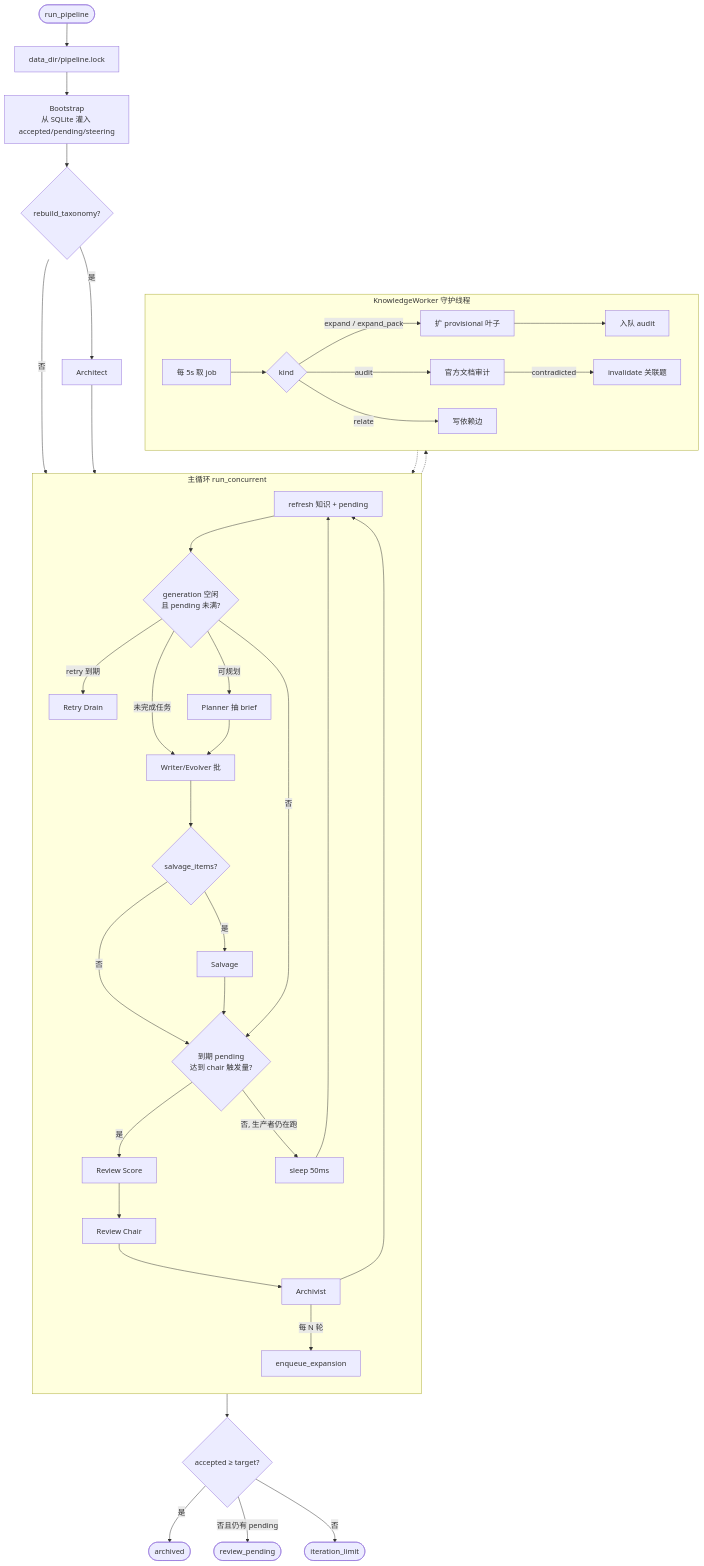
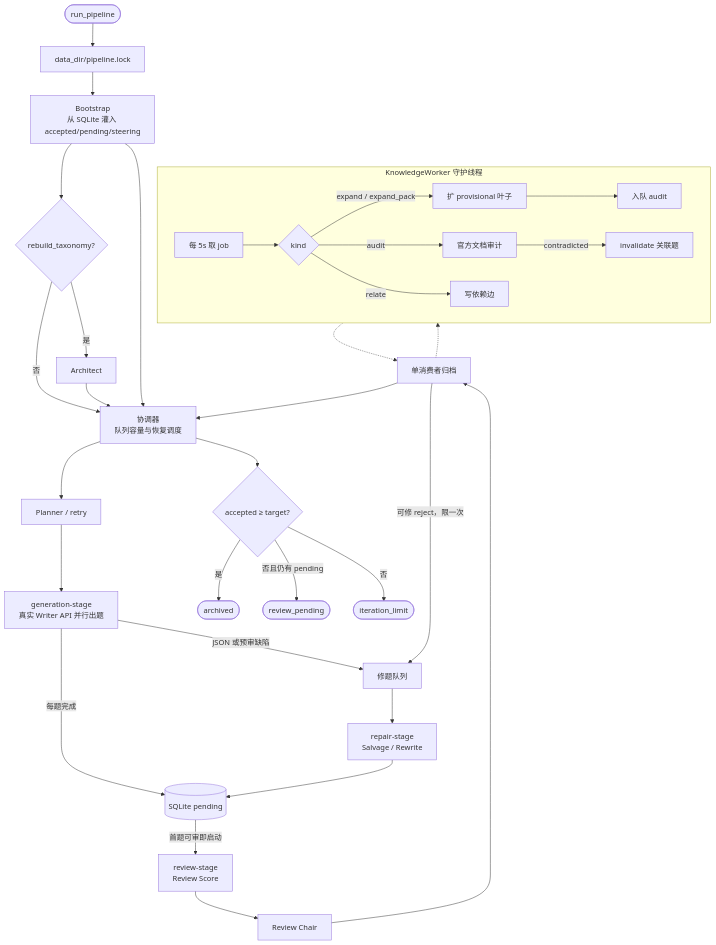
Before and after one commit to KernelFlow-ops/cuda-sft-qgen: the first of 17 diagrams in README.md, drawn with Mermaid. The commit also changed other lines of this file and 160 other files, not shown here.

````diff
--- a/README.md
+++ b/README.md
@@ -29,49 +29,38 @@
 ```mermaid
 flowchart TB
   START([run_pipeline]) --> LOCK[data_dir/pipeline.lock]
   LOCK --> BOOT[Bootstrap<br/>从 SQLite 灌入 accepted/pending/steering]
   BOOT --> ARCH{rebuild_taxonomy?}
   ARCH -->|是| ARC[Architect]
-  ARCH -->|否| LOOP
-  ARC --> LOOP
+  ARCH -->|否| COORD
+  ARC --> COORD
 
-  subgraph LOOP["主循环 run_concurrent"]
-    direction TB
-    REF[refresh 知识 + pending]
-    REF --> PROD{generation 空闲<br/>且 pending 未满?}
-    PROD -->|未完成任务| WR[Writer/Evolver 批]
-    PROD -->|retry 到期| DR[Retry Drain]
-    PROD -->|可规划| PL[Planner 抽 brief]
-    PL --> WR
-    WR --> SALV{salvage_items?}
-    SALV -->|是| SA[Salvage]
-    SALV -->|否| REV
-    SA --> REV
-    PROD -->|否| REV
-    REV{到期 pending<br/>达到 chair 触发量?}
-    REV -->|是| RS[Review Score]
-    RS --> RC[Review Chair]
-    RC --> AR[Archivist]
-    AR -->|每 N 轮| KWQ[enqueue_expansion]
-    AR --> REF
-    REV -->|否, 生产者仍在跑| WAIT[sleep 50ms]
-    WAIT --> REF
-  end
-
-  LOOP --> DONE{accepted ≥ target?}
+  BOOT --> COORD[协调器<br/>队列容量与恢复调度]
+  COORD --> PL[Planner / retry]
+  PL --> WR[generation-stage<br/>真实 Writer API 并行出题]
+  WR -->|每题完成| PENDING[(SQLite pending)]
+  WR -->|JSON 或预审缺陷| REPAIRQ[修题队列]
+  REPAIRQ --> REP[repair-stage<br/>Salvage / Rewrite]
+  REP --> PENDING
+  PENDING -->|首题可审即启动| RS[review-stage<br/>Review Score]
+  RS --> RC[Review Chair]
+  RC --> AR[单消费者归档]
+  AR -->|可修 reject，限一次| REPAIRQ
+  AR --> COORD
+  COORD --> DONE{accepted ≥ target?}
   DONE -->|是| ENDN([archived])
   DONE -->|否且仍有 pending| PEND([review_pending])
   DONE -->|否| LIMIT([iteration_limit])
 
   subgraph KW["KnowledgeWorker 守护线程"]
     direction LR
     POLL[每 5s 取 job] --> J{kind}
     J -->|expand / expand_pack| EX[扩 provisional 叶子]
     J -->|audit| AU[官方文档审计]
     J -->|relate| REL[写依赖边]
     EX --> AUDQ[入队 audit]
     AU -->|contradicted| INV[invalidate 关联题]
   end
-  KWQ -.-> POLL
+  AR -.-> POLL
   INV -.-> AR
 ```
````
